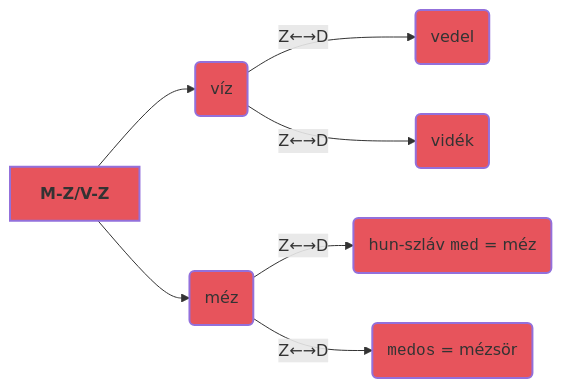
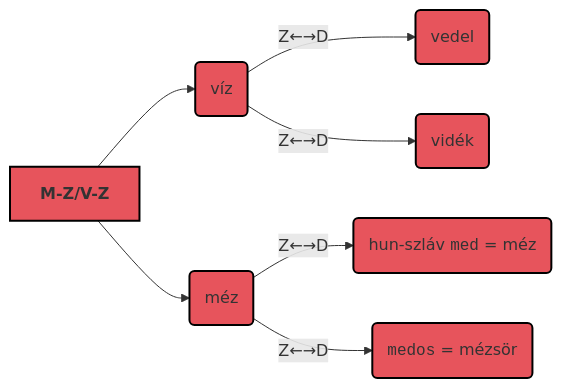
Before and after one commit to zanodor/TUDDASSTTARR: the second of 4 diagrams in src/site/notes/B/Balk.md, drawn with Mermaid. The commit also changed other lines of this file, not shown here.

````diff
--- a/src/site/notes/B/Balk.md
+++ b/src/site/notes/B/Balk.md
@@ -33,19 +51,19 @@
 ```mermaid
 flowchart LR
 
 	head[<b>M-Z/V-Z</b>]
 	lvl2_a("víz")
 	lvl2_b("méz")
 	lvl3_a("vedel")
 	lvl3_b("vidék")
 	lvl3_c("hun-szláv <code>med</code> = méz")
 	lvl3_d("<code>medos</code> = mézsör")
 
 	head --> lvl2_a & lvl2_b
 	lvl2_a -- "Z←→D" -->  lvl3_a & lvl3_b
 	lvl2_b -- "Z←→D" -->  lvl3_c & lvl3_d
 
-	classDef fillStyle fill:#e7545c,stroke-width:2px,stroke-dasharray: 0;
+	classDef fillStyle fill:#e7545c,stroke:#000000,stroke-width:2px,stroke-dasharray: 0;
 	class head,lvl2_a,lvl2_b,lvl3_a,lvl3_b,lvl3_c,lvl3_d fillStyle;
 	class lvl2_a,lvl2_b,lvl3_a,lvl3_b internal-link;
 ```
````
